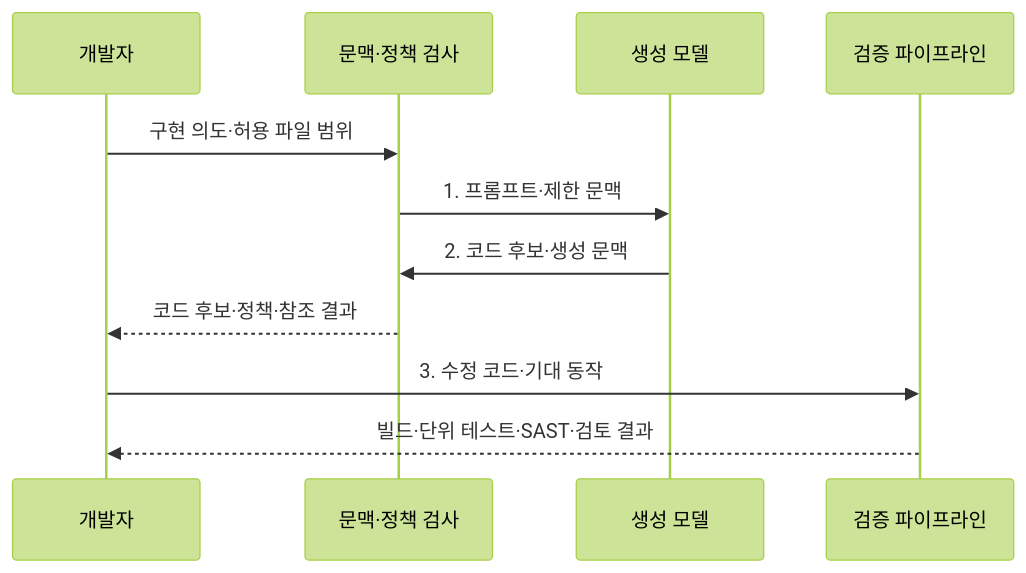
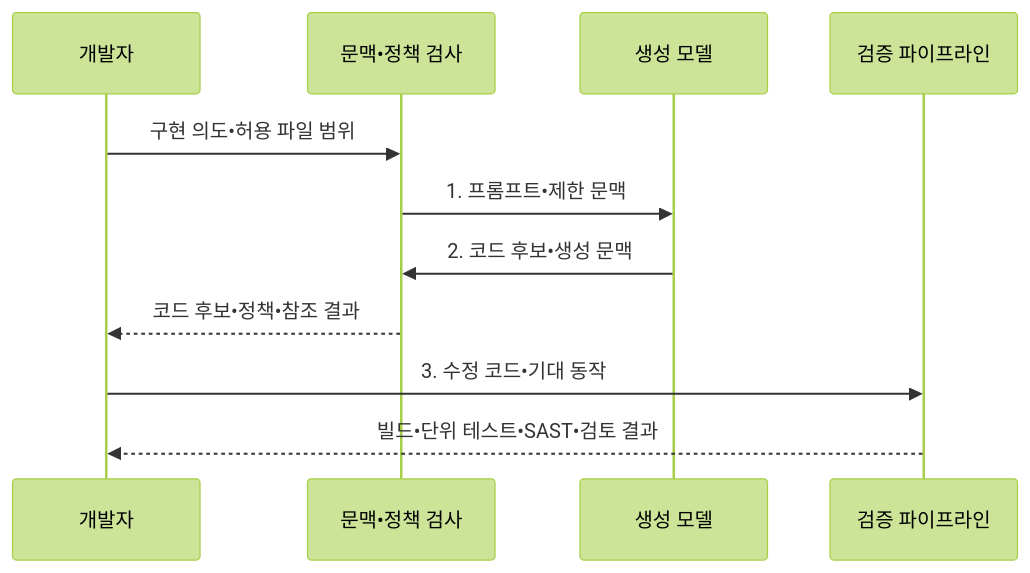
The second of 2 diagrams in src/content/docs/notes/03-software/081_ai_code_generation.md (agnusdei1207/knowledge-base), drawn with Mermaid (forest theme) before and after one commit. The commit also changed other lines of this file and 953 other files, not shown here.

````diff
--- a/src/content/docs/notes/03-software/081_ai_code_generation.md
+++ b/src/content/docs/notes/03-software/081_ai_code_generation.md
@@ -102,13 +102,13 @@
 ```mermaid
 sequenceDiagram
     participant D as 개발자
-    participant C as 문맥·정책 검사
+    participant C as 문맥•정책 검사
     participant M as 생성 모델
     participant V as 검증 파이프라인
-    D->>C: 구현 의도·허용 파일 범위
-    C->>M: 1. 프롬프트·제한 문맥
-    M->>C: 2. 코드 후보·생성 문맥
-    C-->>D: 코드 후보·정책·참조 결과
-    D->>V: 3. 수정 코드·기대 동작
-    V-->>D: 빌드·단위 테스트·SAST·검토 결과
+    D->>C: 구현 의도•허용 파일 범위
+    C->>M: 1. 프롬프트•제한 문맥
+    M->>C: 2. 코드 후보•생성 문맥
+    C-->>D: 코드 후보•정책•참조 결과
+    D->>V: 3. 수정 코드•기대 동작
+    V-->>D: 빌드•단위 테스트•SAST•검토 결과
 ```
````
